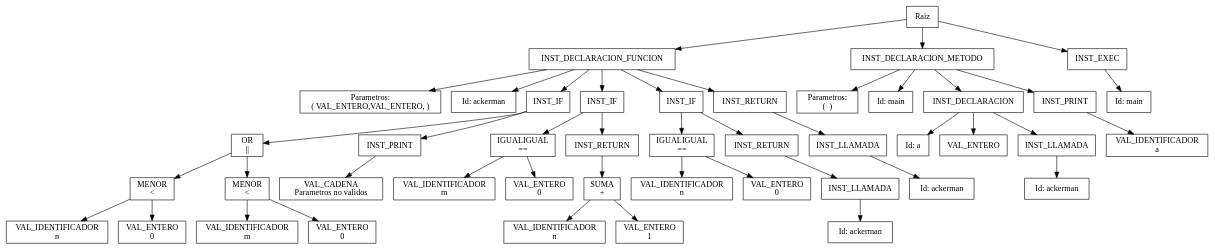
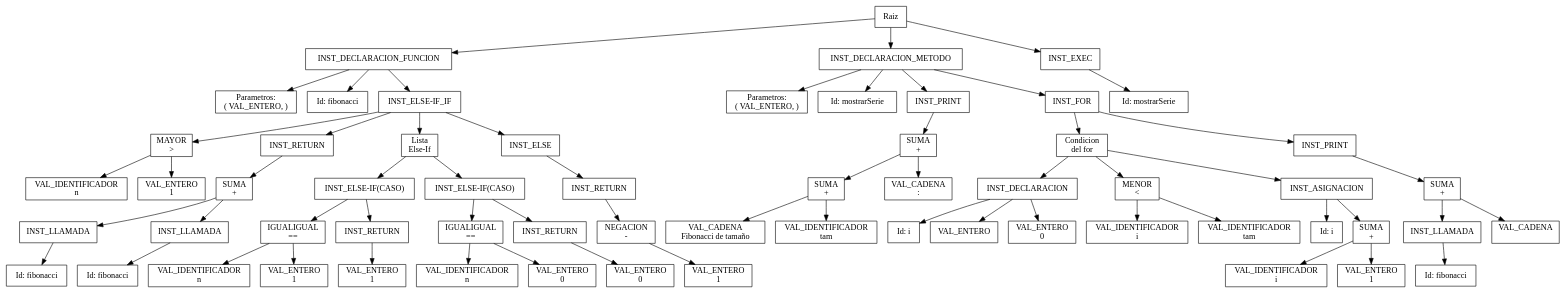
Before and after one commit to pqmad/Proyecto2_OLC1: the diagram in backend/ArbolAST.dot, drawn with Graphviz. The commit also changed 2 other files, not shown here.

```diff
--- a/backend/ArbolAST.dot
+++ b/backend/ArbolAST.dot
@@ -1,124 +1,172 @@
 digraph mygraph { node [shape=box];
 "Raiz" [label= "Raiz"]; 
-"INST_DECLARACION_FUNCION11ackerman" [label= "INST_DECLARACION_FUNCION"]; 
-"INST_DECLARACION_FUNCION11ackerman_param" [label= "Parametros:
-( VAL_ENTERO,VAL_ENTERO, )"]; 
-"INST_DECLARACION_FUNCION11ackermanid" [label= "Id: ackerman"]; 
-"Raiz" -> "INST_DECLARACION_FUNCION11ackerman"
-"INST_DECLARACION_FUNCION11ackerman" -> "INST_DECLARACION_FUNCION11ackerman_param"
-"INST_DECLARACION_FUNCION11ackerman" -> "INST_DECLARACION_FUNCION11ackermanid"
-"INST_DECLARACION_FUNCION11ackerman" [label= "INST_DECLARACION_FUNCION"]; 
-"INST_IF35" [label= "INST_IF"]; 
-"INST_DECLARACION_FUNCION11ackerman" -> "INST_IF35"
-"INST_IF35" [label= "INST_IF"]; 
-"OR39undefinedundefined" [label= "OR\n||"]; 
-"INST_IF35" -> "OR39undefinedundefined"
-"OR39undefinedundefined" [label= "OR\n||"]; 
-"MENOR310n0" [label= "MENOR\n<"]; 
-"OR39undefinedundefined" -> "MENOR310n0"
-"MENOR310n0" [label= "MENOR\n<"]; 
-"VAL_IDENTIFICADOR310" [label= "VAL_IDENTIFICADOR\nn"]; 
-"MENOR310n0" -> "VAL_IDENTIFICADOR310"
-"MENOR310n0" [label= "MENOR\n<"]; 
-"VAL_ENTERO312" [label= "VAL_ENTERO\n0"]; 
-"MENOR310n0" -> "VAL_ENTERO312"
-"OR39undefinedundefined" [label= "OR\n||"]; 
-"MENOR319m0" [label= "MENOR\n<"]; 
-"OR39undefinedundefined" -> "MENOR319m0"
-"MENOR319m0" [label= "MENOR\n<"]; 
-"VAL_IDENTIFICADOR319" [label= "VAL_IDENTIFICADOR\nm"]; 
-"MENOR319m0" -> "VAL_IDENTIFICADOR319"
-"MENOR319m0" [label= "MENOR\n<"]; 
-"VAL_ENTERO321" [label= "VAL_ENTERO\n0"]; 
-"MENOR319m0" -> "VAL_ENTERO321"
-"INST_IF35" [label= "INST_IF"]; 
-"INST_PRINT59" [label= "INST_PRINT"]; 
-"INST_IF35" -> "INST_PRINT59"
-"INST_PRINT59" [label= "INST_PRINT"]; 
-"VAL_CADENA537" [label= "VAL_CADENA\nParametros no validos"]; 
-"INST_PRINT59" -> "VAL_CADENA537"
-"INST_DECLARACION_FUNCION11ackerman" [label= "INST_DECLARACION_FUNCION"]; 
-"INST_IF75" [label= "INST_IF"]; 
-"INST_DECLARACION_FUNCION11ackerman" -> "INST_IF75"
-"INST_IF75" [label= "INST_IF"]; 
-"IGUALIGUAL78m0" [label= "IGUALIGUAL\n=="]; 
-"INST_IF75" -> "IGUALIGUAL78m0"
-"IGUALIGUAL78m0" [label= "IGUALIGUAL\n=="]; 
-"VAL_IDENTIFICADOR78" [label= "VAL_IDENTIFICADOR\nm"]; 
-"IGUALIGUAL78m0" -> "VAL_IDENTIFICADOR78"
-"IGUALIGUAL78m0" [label= "IGUALIGUAL\n=="]; 
-"VAL_ENTERO711" [label= "VAL_ENTERO\n0"]; 
-"IGUALIGUAL78m0" -> "VAL_ENTERO711"
-"INST_IF75" [label= "INST_IF"]; 
-"INST_RETURN99" [label= "INST_RETURN"]; 
-"INST_IF75" -> "INST_RETURN99"
-"INST_RETURN99" [label= "INST_RETURN"]; 
-"SUMA917n1" [label= "SUMA\n+"]; 
-"INST_RETURN99" -> "SUMA917n1"
-"SUMA917n1" [label= "SUMA\n+"]; 
-"VAL_IDENTIFICADOR917" [label= "VAL_IDENTIFICADOR\nn"]; 
-"SUMA917n1" -> "VAL_IDENTIFICADOR917"
-"SUMA917n1" [label= "SUMA\n+"]; 
-"VAL_ENTERO919" [label= "VAL_ENTERO\n1"]; 
-"SUMA917n1" -> "VAL_ENTERO919"
-"INST_DECLARACION_FUNCION11ackerman" [label= "INST_DECLARACION_FUNCION"]; 
-"INST_IF115" [label= "INST_IF"]; 
-"INST_DECLARACION_FUNCION11ackerman" -> "INST_IF115"
-"INST_IF115" [label= "INST_IF"]; 
-"IGUALIGUAL118n0" [label= "IGUALIGUAL\n=="]; 
-"INST_IF115" -> "IGUALIGUAL118n0"
-"IGUALIGUAL118n0" [label= "IGUALIGUAL\n=="]; 
-"VAL_IDENTIFICADOR118" [label= "VAL_IDENTIFICADOR\nn"]; 
-"IGUALIGUAL118n0" -> "VAL_IDENTIFICADOR118"
-"IGUALIGUAL118n0" [label= "IGUALIGUAL\n=="]; 
-"VAL_ENTERO1111" [label= "VAL_ENTERO\n0"]; 
-"IGUALIGUAL118n0" -> "VAL_ENTERO1111"
-"INST_IF115" [label= "INST_IF"]; 
+"INST_DECLARACION_FUNCION11fibonacci" [label= "INST_DECLARACION_FUNCION"]; 
+"INST_DECLARACION_FUNCION11fibonacci_param" [label= "Parametros:
+( VAL_ENTERO, )"]; 
+"INST_DECLARACION_FUNCION11fibonacciid" [label= "Id: fibonacci"]; 
+"Raiz" -> "INST_DECLARACION_FUNCION11fibonacci"
+"INST_DECLARACION_FUNCION11fibonacci" -> "INST_DECLARACION_FUNCION11fibonacci_param"
+"INST_DECLARACION_FUNCION11fibonacci" -> "INST_DECLARACION_FUNCION11fibonacciid"
+"INST_DECLARACION_FUNCION11fibonacci" [label= "INST_DECLARACION_FUNCION"]; 
+"INST_ELSE-IF_IF35" [label= "INST_ELSE-IF_IF"]; 
+"INST_DECLARACION_FUNCION11fibonacci" -> "INST_ELSE-IF_IF35"
+"INST_ELSE-IF_IF35" [label= "INST_ELSE-IF_IF"]; 
+"MAYOR39n1" [label= "MAYOR\n>"]; 
+"INST_ELSE-IF_IF35" -> "MAYOR39n1"
+"MAYOR39n1" [label= "MAYOR\n>"]; 
+"VAL_IDENTIFICADOR39" [label= "VAL_IDENTIFICADOR\nn"]; 
+"MAYOR39n1" -> "VAL_IDENTIFICADOR39"
+"MAYOR39n1" [label= "MAYOR\n>"]; 
+"VAL_ENTERO311" [label= "VAL_ENTERO\n1"]; 
+"MAYOR39n1" -> "VAL_ENTERO311"
+"INST_ELSE-IF_IF35" [label= "INST_ELSE-IF_IF"]; 
+"INST_RETURN48" [label= "INST_RETURN"]; 
+"INST_ELSE-IF_IF35" -> "INST_RETURN48"
+"INST_RETURN48" [label= "INST_RETURN"]; 
+"SUMA415undefinedundefined" [label= "SUMA\n+"]; 
+"INST_RETURN48" -> "SUMA415undefinedundefined"
+"SUMA415undefinedundefined" [label= "SUMA\n+"]; 
+"INST_LLAMADA415fibonaccifibonacci" [label= "Id: fibonacci"]; 
+"INST_LLAMADA415fibonacci" [label= "INST_LLAMADA"]; 
+"SUMA415undefinedundefined" -> "INST_LLAMADA415fibonacci"
+"INST_LLAMADA415fibonacci" -> "INST_LLAMADA415fibonaccifibonacci"
+"SUMA415undefinedundefined" [label= "SUMA\n+"]; 
+"INST_LLAMADA432fibonaccifibonacci" [label= "Id: fibonacci"]; 
+"INST_LLAMADA432fibonacci" [label= "INST_LLAMADA"]; 
+"SUMA415undefinedundefined" -> "INST_LLAMADA432fibonacci"
+"INST_LLAMADA432fibonacci" -> "INST_LLAMADA432fibonaccifibonacci"
+"lista35" [label= "Lista\nElse-If"]; 
+"INST_ELSE-IF(CASO)65" [label= "INST_ELSE-IF(CASO)"]; 
+"lista35" -> "INST_ELSE-IF(CASO)65"
+"INST_ELSE-IF(CASO)65" [label= "INST_ELSE-IF(CASO)"]; 
+"IGUALIGUAL614n1" [label= "IGUALIGUAL\n=="]; 
+"INST_ELSE-IF(CASO)65" -> "IGUALIGUAL614n1"
+"IGUALIGUAL614n1" [label= "IGUALIGUAL\n=="]; 
+"VAL_IDENTIFICADOR614" [label= "VAL_IDENTIFICADOR\nn"]; 
+"IGUALIGUAL614n1" -> "VAL_IDENTIFICADOR614"
+"IGUALIGUAL614n1" [label= "IGUALIGUAL\n=="]; 
+"VAL_ENTERO617" [label= "VAL_ENTERO\n1"]; 
+"IGUALIGUAL614n1" -> "VAL_ENTERO617"
+"INST_ELSE-IF(CASO)65" [label= "INST_ELSE-IF(CASO)"]; 
+"INST_RETURN79" [label= "INST_RETURN"]; 
+"INST_ELSE-IF(CASO)65" -> "INST_RETURN79"
+"INST_RETURN79" [label= "INST_RETURN"]; 
+"VAL_ENTERO716" [label= "VAL_ENTERO\n1"]; 
+"INST_RETURN79" -> "VAL_ENTERO716"
+"lista35" [label= "Lista\nElse-If"]; 
+"INST_ELSE-IF(CASO)95" [label= "INST_ELSE-IF(CASO)"]; 
+"lista35" -> "INST_ELSE-IF(CASO)95"
+"INST_ELSE-IF(CASO)95" [label= "INST_ELSE-IF(CASO)"]; 
+"IGUALIGUAL914n0" [label= "IGUALIGUAL\n=="]; 
+"INST_ELSE-IF(CASO)95" -> "IGUALIGUAL914n0"
+"IGUALIGUAL914n0" [label= "IGUALIGUAL\n=="]; 
+"VAL_IDENTIFICADOR914" [label= "VAL_IDENTIFICADOR\nn"]; 
+"IGUALIGUAL914n0" -> "VAL_IDENTIFICADOR914"
+"IGUALIGUAL914n0" [label= "IGUALIGUAL\n=="]; 
+"VAL_ENTERO917" [label= "VAL_ENTERO\n0"]; 
+"IGUALIGUAL914n0" -> "VAL_ENTERO917"
+"INST_ELSE-IF(CASO)95" [label= "INST_ELSE-IF(CASO)"]; 
+"INST_RETURN109" [label= "INST_RETURN"]; 
+"INST_ELSE-IF(CASO)95" -> "INST_RETURN109"
+"INST_RETURN109" [label= "INST_RETURN"]; 
+"VAL_ENTERO1016" [label= "VAL_ENTERO\n0"]; 
+"INST_RETURN109" -> "VAL_ENTERO1016"
+"INST_ELSE-IF_IF35" [label= "INST_ELSE-IF_IF"]; 
+"INST_ELSE125" [label= "INST_ELSE"]; 
+"INST_ELSE-IF_IF35" -> "INST_ELSE125"
+"INST_ELSE125" [label= "INST_ELSE"]; 
 "INST_RETURN139" [label= "INST_RETURN"]; 
-"INST_IF115" -> "INST_RETURN139"
+"INST_ELSE125" -> "INST_RETURN139"
 "INST_RETURN139" [label= "INST_RETURN"]; 
-"INST_LLAMADA1316ackermanackerman" [label= "Id: ackerman"]; 
-"INST_LLAMADA1316ackerman" [label= "INST_LLAMADA"]; 
-"INST_RETURN139" -> "INST_LLAMADA1316ackerman"
-"INST_LLAMADA1316ackerman" -> "INST_LLAMADA1316ackermanackerman"
-"INST_DECLARACION_FUNCION11ackerman" [label= "INST_DECLARACION_FUNCION"]; 
-"INST_RETURN155" [label= "INST_RETURN"]; 
-"INST_DECLARACION_FUNCION11ackerman" -> "INST_RETURN155"
-"INST_RETURN155" [label= "INST_RETURN"]; 
-"INST_LLAMADA1512ackermanackerman" [label= "Id: ackerman"]; 
-"INST_LLAMADA1512ackerman" [label= "INST_LLAMADA"]; 
-"INST_RETURN155" -> "INST_LLAMADA1512ackerman"
-"INST_LLAMADA1512ackerman" -> "INST_LLAMADA1512ackermanackerman"
+"NEGACION131611" [label= "NEGACION\n-"]; 
+"INST_RETURN139" -> "NEGACION131611"
+"NEGACION131611" [label= "NEGACION\n-"]; 
+"VAL_ENTERO1317" [label= "VAL_ENTERO\n1"]; 
+"NEGACION131611" -> "VAL_ENTERO1317"
+"lista35" [label= "Lista\nElse-If"]; 
+"INST_ELSE-IF_IF35" -> "lista35"
 "Raiz" [label= "Raiz"]; 
-"INST_DECLARACION_METODO191main" [label= "INST_DECLARACION_METODO"]; 
-"INST_DECLARACION_METODO191main_param" [label= "Parametros:
-(  )"]; 
-"INST_DECLARACION_METODO191mainid" [label= "Id: main"]; 
-"Raiz" -> "INST_DECLARACION_METODO191main"
-"INST_DECLARACION_METODO191main" -> "INST_DECLARACION_METODO191main_param"
-"INST_DECLARACION_METODO191main" -> "INST_DECLARACION_METODO191mainid"
-"INST_DECLARACION_METODO191main" [label= "INST_DECLARACION_METODO"]; 
-"INST_DECLARACION202a" [label= "Id: a"]; 
-"INST_DECLARACION202" [label= "INST_DECLARACION"]; 
-"INST_DECLARACION202VAL_ENTERO" [label= "VAL_ENTERO"]; 
-"INST_DECLARACION_METODO191main" -> "INST_DECLARACION202"
-"INST_DECLARACION202" -> "INST_DECLARACION202VAL_ENTERO"
-"INST_DECLARACION202" -> "INST_DECLARACION202a"
-"INST_DECLARACION202" [label= "INST_DECLARACION"]; 
-"INST_LLAMADA2010ackermanackerman" [label= "Id: ackerman"]; 
-"INST_LLAMADA2010ackerman" [label= "INST_LLAMADA"]; 
-"INST_DECLARACION202" -> "INST_LLAMADA2010ackerman"
-"INST_LLAMADA2010ackerman" -> "INST_LLAMADA2010ackermanackerman"
-"INST_DECLARACION_METODO191main" [label= "INST_DECLARACION_METODO"]; 
-"INST_PRINT211" [label= "INST_PRINT"]; 
-"INST_DECLARACION_METODO191main" -> "INST_PRINT211"
-"INST_PRINT211" [label= "INST_PRINT"]; 
-"VAL_IDENTIFICADOR217" [label= "VAL_IDENTIFICADOR\na"]; 
-"INST_PRINT211" -> "VAL_IDENTIFICADOR217"
+"INST_DECLARACION_METODO161mostrarSerie" [label= "INST_DECLARACION_METODO"]; 
+"INST_DECLARACION_METODO161mostrarSerie_param" [label= "Parametros:
+( VAL_ENTERO, )"]; 
+"INST_DECLARACION_METODO161mostrarSerieid" [label= "Id: mostrarSerie"]; 
+"Raiz" -> "INST_DECLARACION_METODO161mostrarSerie"
+"INST_DECLARACION_METODO161mostrarSerie" -> "INST_DECLARACION_METODO161mostrarSerie_param"
+"INST_DECLARACION_METODO161mostrarSerie" -> "INST_DECLARACION_METODO161mostrarSerieid"
+"INST_DECLARACION_METODO161mostrarSerie" [label= "INST_DECLARACION_METODO"]; 
+"INST_PRINT175" [label= "INST_PRINT"]; 
+"INST_DECLARACION_METODO161mostrarSerie" -> "INST_PRINT175"
+"INST_PRINT175" [label= "INST_PRINT"]; 
+"SUMA1732undefined:" [label= "SUMA\n+"]; 
+"INST_PRINT175" -> "SUMA1732undefined:"
+"SUMA1732undefined:" [label= "SUMA\n+"]; 
+"SUMA1732Fibonacci de tamaño tam" [label= "SUMA\n+"]; 
+"SUMA1732undefined:" -> "SUMA1732Fibonacci de tamaño tam"
+"SUMA1732Fibonacci de tamaño tam" [label= "SUMA\n+"]; 
+"VAL_CADENA1732" [label= "VAL_CADENA\nFibonacci de tamaño "]; 
+"SUMA1732Fibonacci de tamaño tam" -> "VAL_CADENA1732"
+"SUMA1732Fibonacci de tamaño tam" [label= "SUMA\n+"]; 
+"VAL_IDENTIFICADOR1734" [label= "VAL_IDENTIFICADOR\ntam"]; 
+"SUMA1732Fibonacci de tamaño tam" -> "VAL_IDENTIFICADOR1734"
+"SUMA1732undefined:" [label= "SUMA\n+"]; 
+"VAL_CADENA1740" [label= "VAL_CADENA\n:"]; 
+"SUMA1732undefined:" -> "VAL_CADENA1740"
+"INST_DECLARACION_METODO161mostrarSerie" [label= "INST_DECLARACION_METODO"]; 
+"INST_FOR185" [label= "INST_FOR"]; 
+"condicion185" [label= "Condicion\ndel for"]; 
+"INST_DECLARACION_METODO161mostrarSerie" -> "INST_FOR185"
+"INST_FOR185" -> "condicion185"
+"condicion185" [label= "Condicion\ndel for"]; 
+"INST_DECLARACION1810i" [label= "Id: i"]; 
+"INST_DECLARACION1810" [label= "INST_DECLARACION"]; 
+"INST_DECLARACION1810VAL_ENTERO" [label= "VAL_ENTERO"]; 
+"condicion185" -> "INST_DECLARACION1810"
+"INST_DECLARACION1810" -> "INST_DECLARACION1810VAL_ENTERO"
+"INST_DECLARACION1810" -> "INST_DECLARACION1810i"
+"INST_DECLARACION1810" [label= "INST_DECLARACION"]; 
+"VAL_ENTERO1818" [label= "VAL_ENTERO\n0"]; 
+"INST_DECLARACION1810" -> "VAL_ENTERO1818"
+"condicion185" [label= "Condicion\ndel for"]; 
+"MENOR1821itam" [label= "MENOR\n<"]; 
+"condicion185" -> "MENOR1821itam"
+"MENOR1821itam" [label= "MENOR\n<"]; 
+"VAL_IDENTIFICADOR1821" [label= "VAL_IDENTIFICADOR\ni"]; 
+"MENOR1821itam" -> "VAL_IDENTIFICADOR1821"
+"MENOR1821itam" [label= "MENOR\n<"]; 
+"VAL_IDENTIFICADOR1825" [label= "VAL_IDENTIFICADOR\ntam"]; 
+"MENOR1821itam" -> "VAL_IDENTIFICADOR1825"
+"condicion185" [label= "Condicion\ndel for"]; 
+"INST_ASIGNACION1830SUMA" [label= "Id: i"]; 
+"INST_ASIGNACION1830" [label= "INST_ASIGNACION"]; 
+"condicion185" -> "INST_ASIGNACION1830"
+"INST_ASIGNACION1830" -> "INST_ASIGNACION1830SUMA"
+"INST_ASIGNACION1830" [label= "INST_ASIGNACION"]; 
+"SUMA1830i1" [label= "SUMA\n+"]; 
+"INST_ASIGNACION1830" -> "SUMA1830i1"
+"SUMA1830i1" [label= "SUMA\n+"]; 
+"VAL_IDENTIFICADOR1830" [label= "VAL_IDENTIFICADOR\ni"]; 
+"SUMA1830i1" -> "VAL_IDENTIFICADOR1830"
+"SUMA1830i1" [label= "SUMA\n+"]; 
+"VAL_ENTERO1830" [label= "VAL_ENTERO\n1"]; 
+"SUMA1830i1" -> "VAL_ENTERO1830"
+"INST_FOR185" [label= "INST_FOR"]; 
+"INST_PRINT199" [label= "INST_PRINT"]; 
+"INST_FOR185" -> "INST_PRINT199"
+"INST_PRINT199" [label= "INST_PRINT"]; 
+"SUMA1915undefined " [label= "SUMA\n+"]; 
+"INST_PRINT199" -> "SUMA1915undefined "
+"SUMA1915undefined " [label= "SUMA\n+"]; 
+"INST_LLAMADA1915fibonaccifibonacci" [label= "Id: fibonacci"]; 
+"INST_LLAMADA1915fibonacci" [label= "INST_LLAMADA"]; 
+"SUMA1915undefined " -> "INST_LLAMADA1915fibonacci"
+"INST_LLAMADA1915fibonacci" -> "INST_LLAMADA1915fibonaccifibonacci"
+"SUMA1915undefined " [label= "SUMA\n+"]; 
+"VAL_CADENA1930" [label= "VAL_CADENA\n "]; 
+"SUMA1915undefined " -> "VAL_CADENA1930"
 "Raiz" [label= "Raiz"]; 
-"INST_EXEC241mainmain" [label= "Id: main"]; 
-"INST_EXEC241main" [label= "INST_EXEC"]; 
-"Raiz" -> "INST_EXEC241main"
-"INST_EXEC241main" -> "INST_EXEC241mainmain"
+"INST_EXEC221mostrarSeriemostrarSerie" [label= "Id: mostrarSerie"]; 
+"INST_EXEC221mostrarSerie" [label= "INST_EXEC"]; 
+"Raiz" -> "INST_EXEC221mostrarSerie"
+"INST_EXEC221mostrarSerie" -> "INST_EXEC221mostrarSeriemostrarSerie"
 
 }
```
